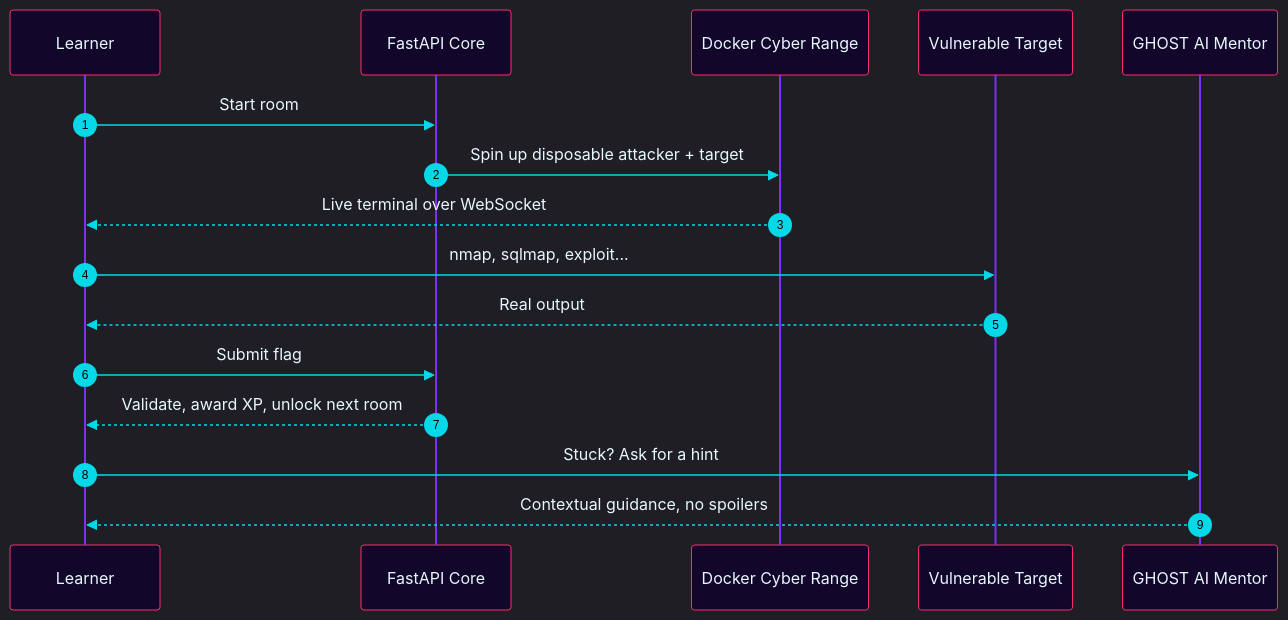
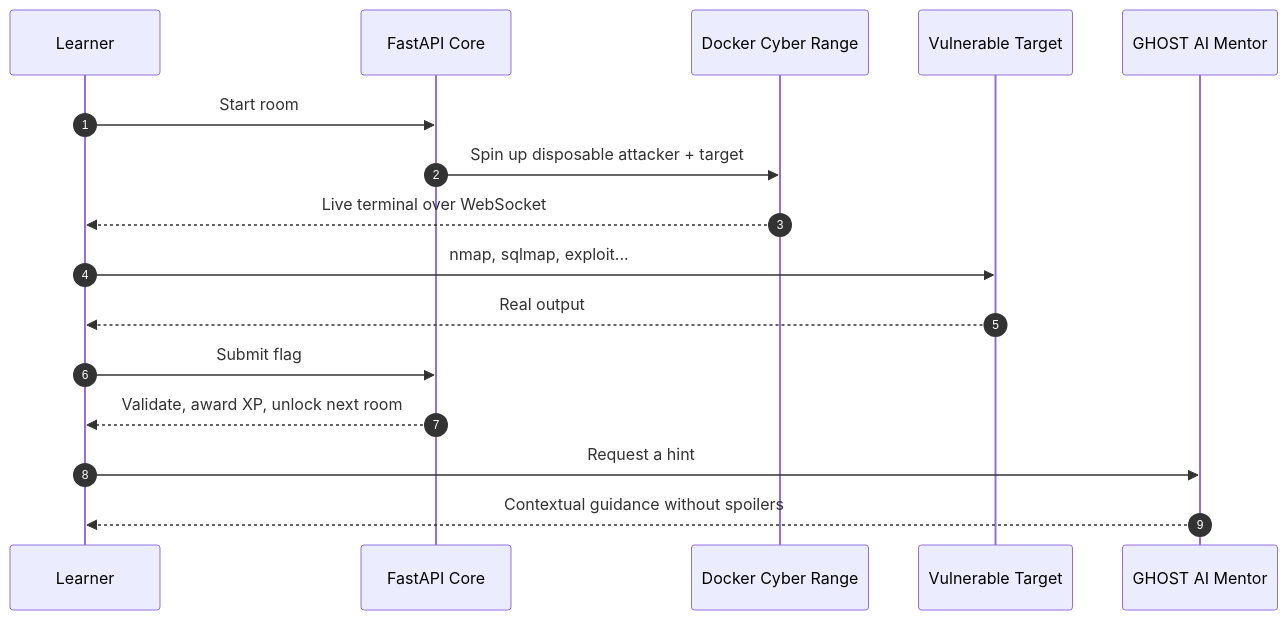
Before and after one commit to chethankp365/chethankp365: the first of 4 diagrams in README.md, drawn with Mermaid. The commit also changed other lines of this file, not shown here.

````diff
--- a/README.md
+++ b/README.md
@@ -52,19 +55,18 @@
 ```mermaid
-%%{init: {'theme':'dark','themeVariables':{'primaryColor':'#12062a','primaryBorderColor':'#ff2a6d','primaryTextColor':'#e8f7ff','lineColor':'#05d9e8','actorBkg':'#12062a','actorBorder':'#ff2a6d','actorTextColor':'#e8f7ff','actorLineColor':'#7b2ff7','signalColor':'#05d9e8','signalTextColor':'#e8f7ff','noteBkgColor':'#1b0a36','noteTextColor':'#ffb347'}}}%%
 sequenceDiagram
     autonumber
     participant L as Learner
     participant A as FastAPI Core
     participant D as Docker Cyber Range
     participant T as Vulnerable Target
     participant G as GHOST AI Mentor
     L->>A: Start room
     A->>D: Spin up disposable attacker + target
     D-->>L: Live terminal over WebSocket
     L->>T: nmap, sqlmap, exploit...
     T-->>L: Real output
     L->>A: Submit flag
     A-->>L: Validate, award XP, unlock next room
-    L->>G: Stuck? Ask for a hint
-    G-->>L: Contextual guidance, no spoilers
+    L->>G: Request a hint
+    G-->>L: Contextual guidance without spoilers
 ```
````
